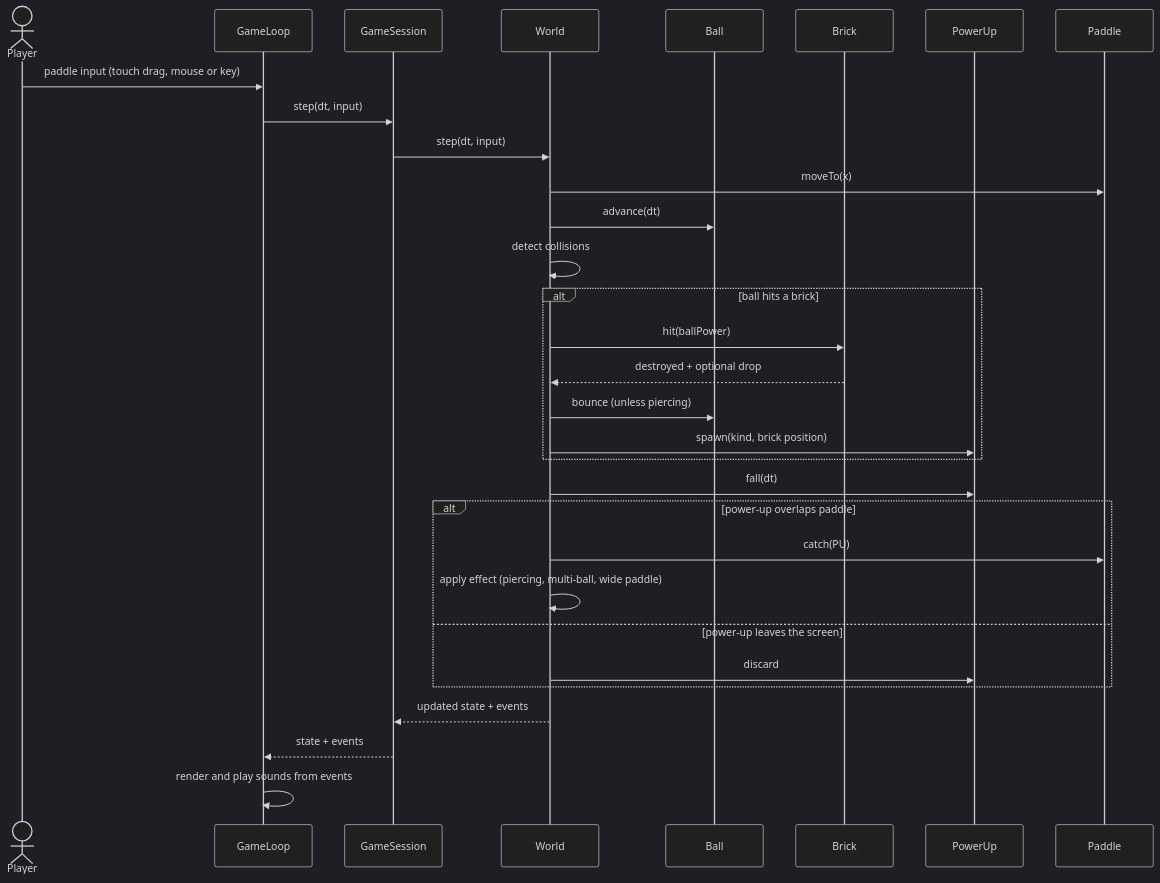
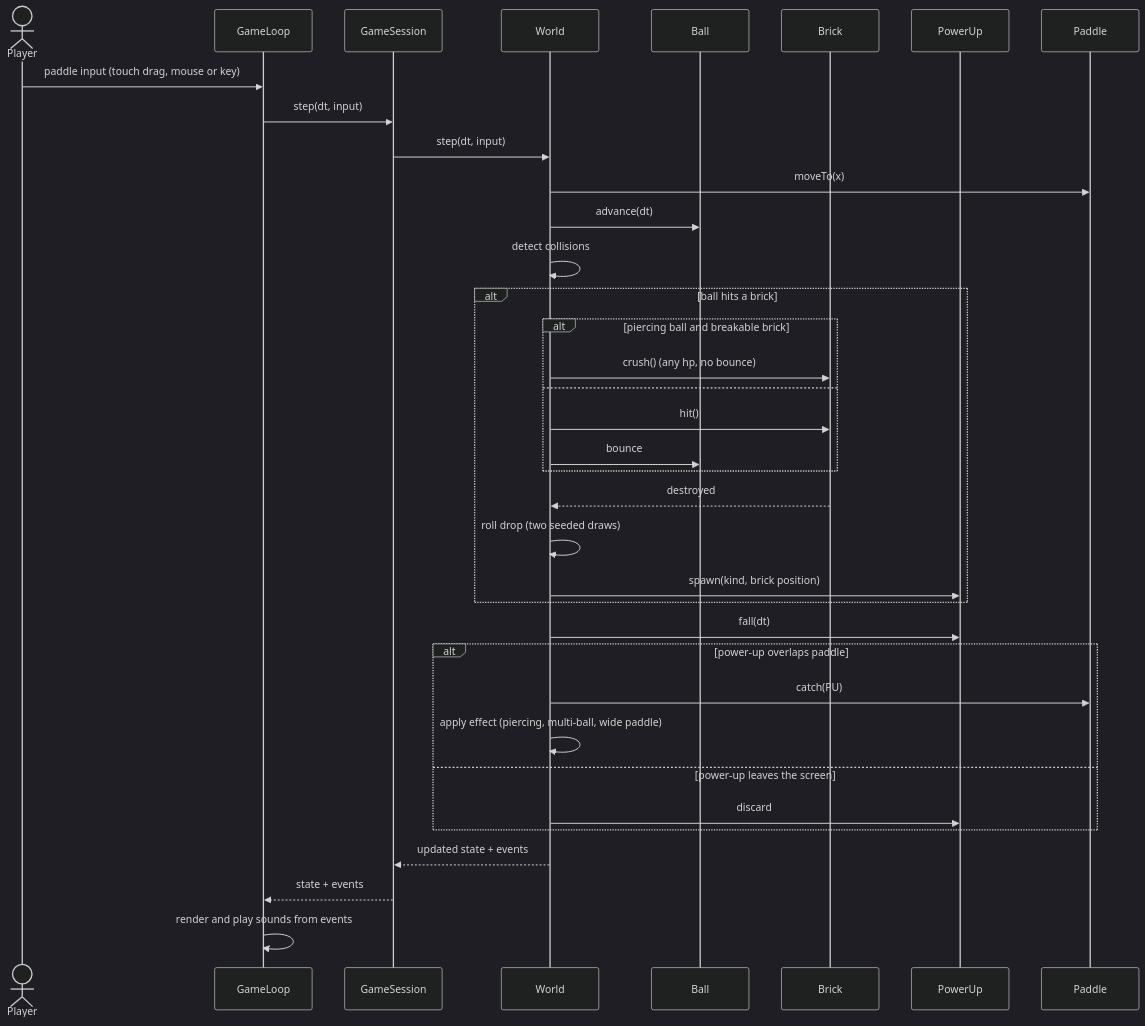
Before and after one commit to benoit-bremaud/retro-bounce: the diagram in docs/architecture/diagrams/gameplay/02-sequence-brick-hit-and-power-up.md, drawn with Mermaid (dark theme). The commit also changed other lines of this file and 22 other files, not shown here.

First line of the commit message:
feat(game): domain III, piercing ball, multi-ball and wide paddle (#26)

````diff
--- a/docs/architecture/diagrams/gameplay/02-sequence-brick-hit-and-power-up.md
+++ b/docs/architecture/diagrams/gameplay/02-sequence-brick-hit-and-power-up.md
@@ -12,33 +12,38 @@
 ```mermaid
 sequenceDiagram
   actor P as Player
   participant GL as GameLoop
   participant S as GameSession
   participant W as World
   participant B as Ball
   participant BR as Brick
   participant PU as PowerUp
   participant PD as Paddle
   P->>GL: paddle input (touch drag, mouse or key)
   GL->>S: step(dt, input)
   S->>W: step(dt, input)
   W->>PD: moveTo(x)
   W->>B: advance(dt)
   W->>W: detect collisions
   alt ball hits a brick
-    W->>BR: hit(ballPower)
-    BR-->>W: destroyed + optional drop
-    W->>B: bounce (unless piercing)
+    alt piercing ball and breakable brick
+      W->>BR: crush() (any hp, no bounce)
+    else
+      W->>BR: hit()
+      W->>B: bounce
+    end
+    BR-->>W: destroyed
+    W->>W: roll drop (two seeded draws)
     W->>PU: spawn(kind, brick position)
   end
   W->>PU: fall(dt)
   alt power-up overlaps paddle
     W->>PD: catch(PU)
     W->>W: apply effect (piercing, multi-ball, wide paddle)
   else power-up leaves the screen
     W->>PU: discard
   end
   W-->>S: updated state + events
   S-->>GL: state + events
   GL->>GL: render and play sounds from events
 ```
````
